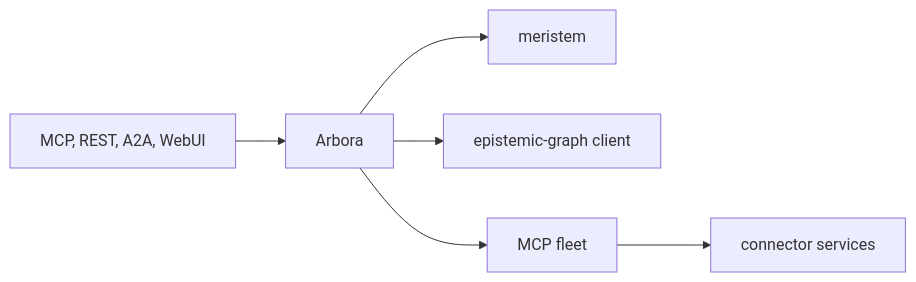
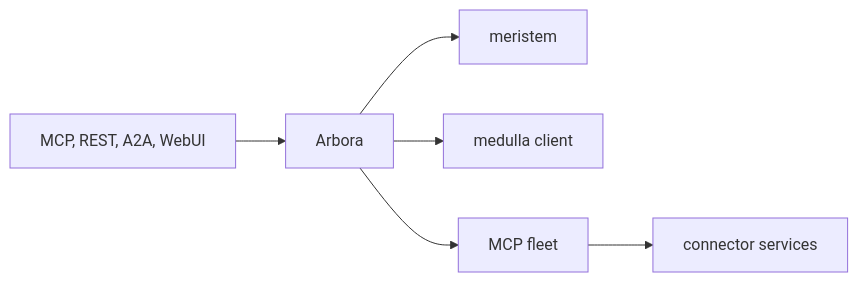
One commit to Knuckles-Team/arbora changed the diagram in arbora/skills/arbora-repository-development/SKILL.md. Above: the diagram before and after it, drawn with Mermaid. The commit also changed other lines of this file and 409 other files, not shown here.

````diff
--- a/arbora/skills/arbora-repository-development/SKILL.md
+++ b/arbora/skills/arbora-repository-development/SKILL.md
@@ -74,8 +74,8 @@
 ```mermaid
 flowchart LR
     Clients["MCP, REST, A2A, WebUI"] --> Arbora["Arbora"]
     Arbora --> Agents["meristem"]
-    Arbora --> EG["epistemic-graph client"]
+    Arbora --> EG["medulla client"]
     Arbora --> Fleet["MCP fleet"]
     Fleet --> Sources["connector services"]
 ```
````
